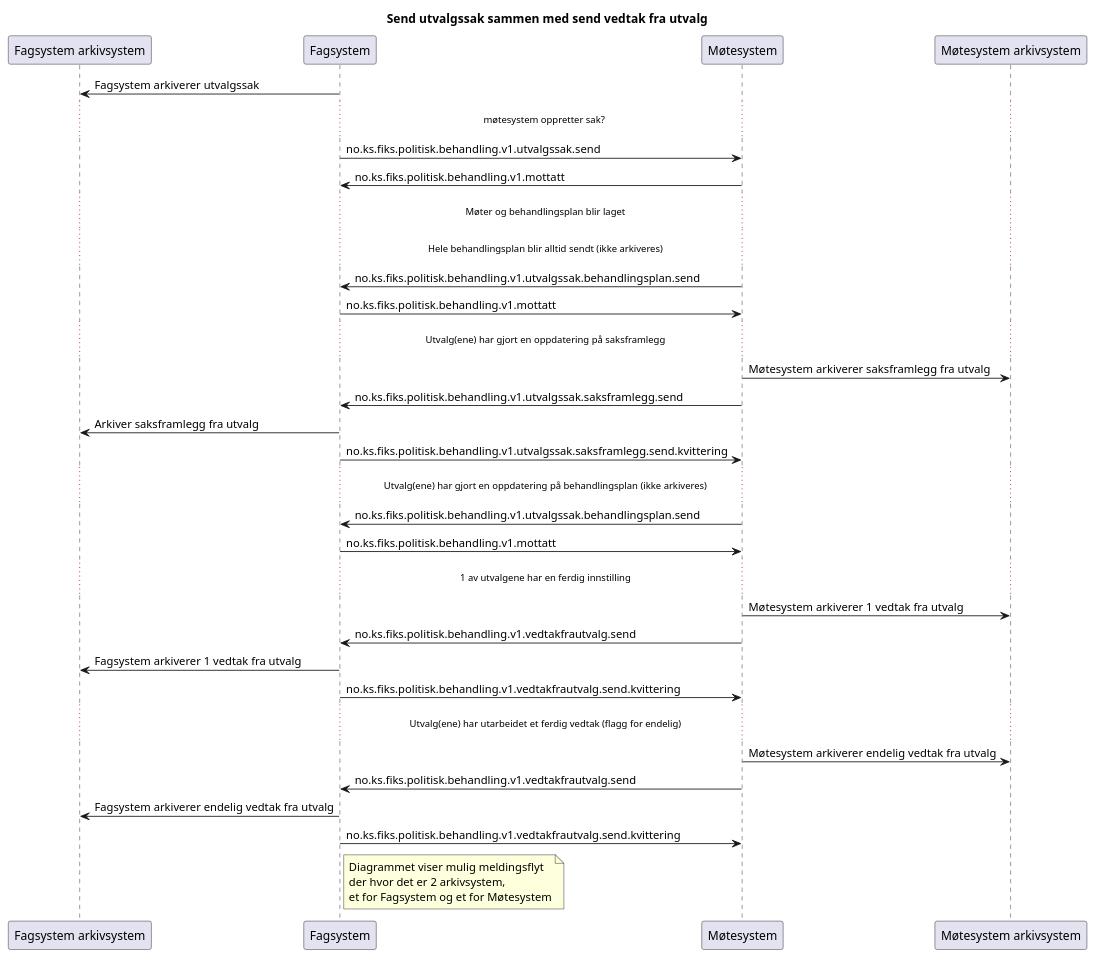
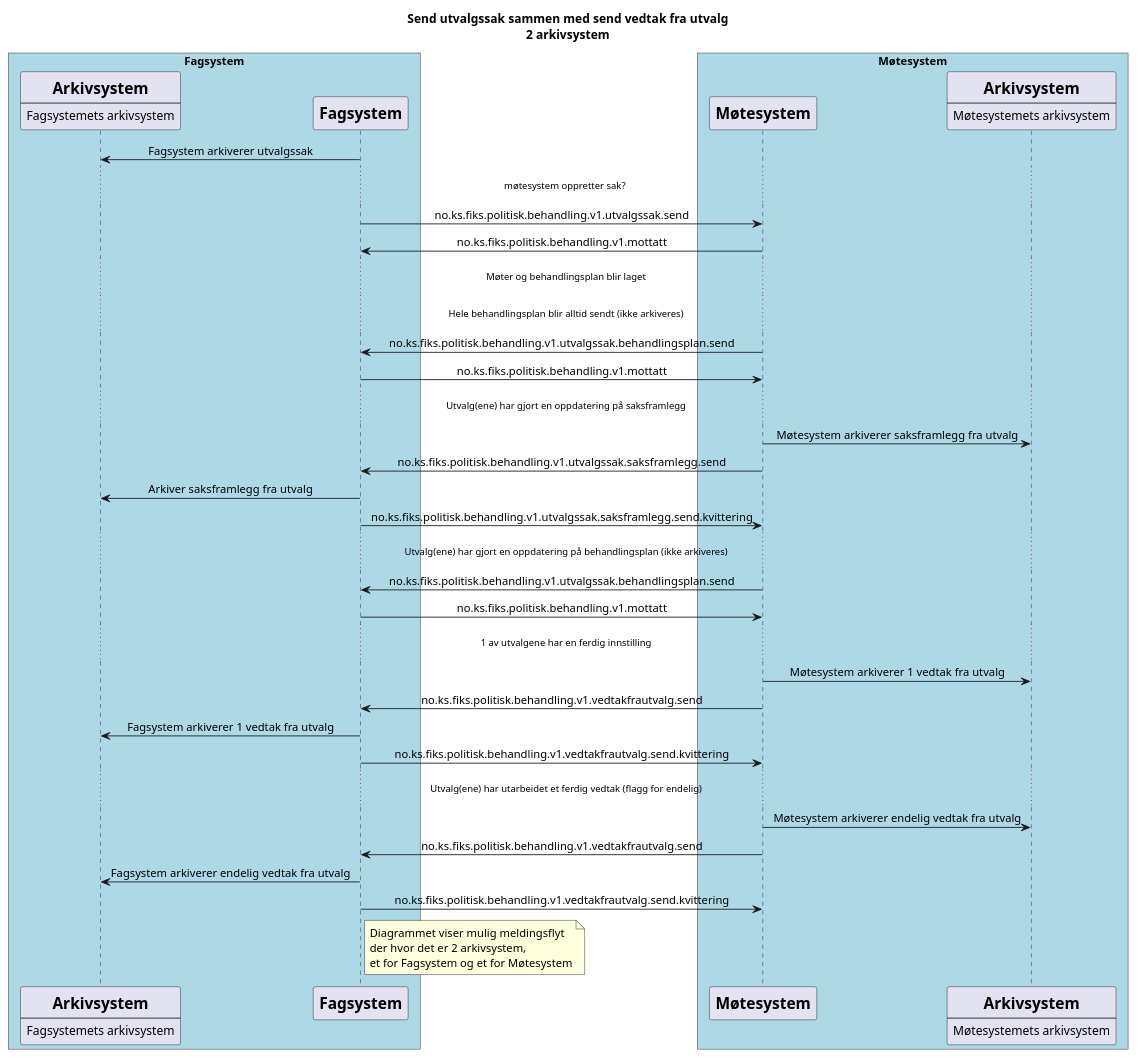
The diagram in Dokumentasjon/V1/meldingsutveksling/utvalgssak-send-med-vedtakfrautvalg-send/sekvensdiagram/sekvensdiagram-utvalgssak-2-arkivsystem.puml (ks-no/fiks-politisk-behandling-specification), drawn with PlantUML before and after one commit. The commit also changed 7 other files, not shown here.

Commit message:
Lagt til nytt diagram og oppdatert noen eksisterende for å gjøre det mer tydelig

```diff
--- a/Dokumentasjon/V1/meldingsutveksling/utvalgssak-send-med-vedtakfrautvalg-send/sekvensdiagram/sekvensdiagram-utvalgssak-2-arkivsystem.puml
+++ b/Dokumentasjon/V1/meldingsutveksling/utvalgssak-send-med-vedtakfrautvalg-send/sekvensdiagram/sekvensdiagram-utvalgssak-2-arkivsystem.puml
@@ -1,61 +1,80 @@
 @startuml
-title "Send utvalgssak sammen med send vedtak fra utvalg"
+skinparam sequenceMessageAlign center 
+skinparam BoxPadding 10
+skinparam ParticipantPadding 10
 
+title "Send utvalgssak sammen med send vedtak fra utvalg\n2 arkivsystem"
 
-participant Arkivsystem as "Fagsystem arkivsystem"
-participant Fagsystem as "Fagsystem"
-participant Møtesystem as "Møtesystem"
-participant Arkivsystem2 as "Møtesystem arkivsystem"
+box "Fagsystem" #LightBlue
+participant Arkivsystem [
+    = Arkivsystem
+    ----
+    Fagsystemets arkivsystem
+    ]
+participant Fagsystem [ 
+    = Fagsystem
+    ]
+end box
+box "Møtesystem" #LightBlue
+participant Møtesystem [
+    = Møtesystem
+    ]
+participant Arkivsystem2 [
+    = Arkivsystem
+    ----
+    Møtesystemets arkivsystem
+    ]
+end box
 
 Fagsystem -> Arkivsystem : Fagsystem arkiverer utvalgssak
 
 ...møtesystem oppretter sak? ...
 
 Fagsystem -> Møtesystem : no.ks.fiks.politisk.behandling.v1.utvalgssak.send
 Fagsystem <- Møtesystem : no.ks.fiks.politisk.behandling.v1.mottatt
 
 ...Møter og behandlingsplan blir laget...
 ...Hele behandlingsplan blir alltid sendt (ikke arkiveres)...
 
 Fagsystem <- Møtesystem : no.ks.fiks.politisk.behandling.v1.utvalgssak.behandlingsplan.send
 Fagsystem -> Møtesystem : no.ks.fiks.politisk.behandling.v1.mottatt
 
 
 ...Utvalg(ene) har gjort en oppdatering på saksframlegg...
 
 Møtesystem -> Arkivsystem2 : Møtesystem arkiverer saksframlegg fra utvalg
 Fagsystem <- Møtesystem : no.ks.fiks.politisk.behandling.v1.utvalgssak.saksframlegg.send
 Fagsystem -> Arkivsystem : Arkiver saksframlegg fra utvalg
 Fagsystem -> Møtesystem : no.ks.fiks.politisk.behandling.v1.utvalgssak.saksframlegg.send.kvittering
 
 
 ...Utvalg(ene) har gjort en oppdatering på behandlingsplan (ikke arkiveres)...
 
 Fagsystem <- Møtesystem : no.ks.fiks.politisk.behandling.v1.utvalgssak.behandlingsplan.send
 Fagsystem -> Møtesystem : no.ks.fiks.politisk.behandling.v1.mottatt
 
 
 
 
 ...1 av utvalgene har en ferdig innstilling...
 
 Møtesystem -> Arkivsystem2 : Møtesystem arkiverer 1 vedtak fra utvalg
 Møtesystem -> Fagsystem : no.ks.fiks.politisk.behandling.v1.vedtakfrautvalg.send
 Fagsystem -> Arkivsystem : Fagsystem arkiverer 1 vedtak fra utvalg
 Fagsystem -> Møtesystem : no.ks.fiks.politisk.behandling.v1.vedtakfrautvalg.send.kvittering
 
 
 ...Utvalg(ene) har utarbeidet et ferdig vedtak (flagg for endelig)...
 
 Møtesystem -> Arkivsystem2 : Møtesystem arkiverer endelig vedtak fra utvalg
 Møtesystem -> Fagsystem : no.ks.fiks.politisk.behandling.v1.vedtakfrautvalg.send
 Fagsystem -> Arkivsystem : Fagsystem arkiverer endelig vedtak fra utvalg
 Fagsystem -> Møtesystem : no.ks.fiks.politisk.behandling.v1.vedtakfrautvalg.send.kvittering
 
 note right of Fagsystem
 Diagrammet viser mulig meldingsflyt
 der hvor det er 2 arkivsystem,
 et for Fagsystem og et for Møtesystem
 end note
 
 @enduml
```
